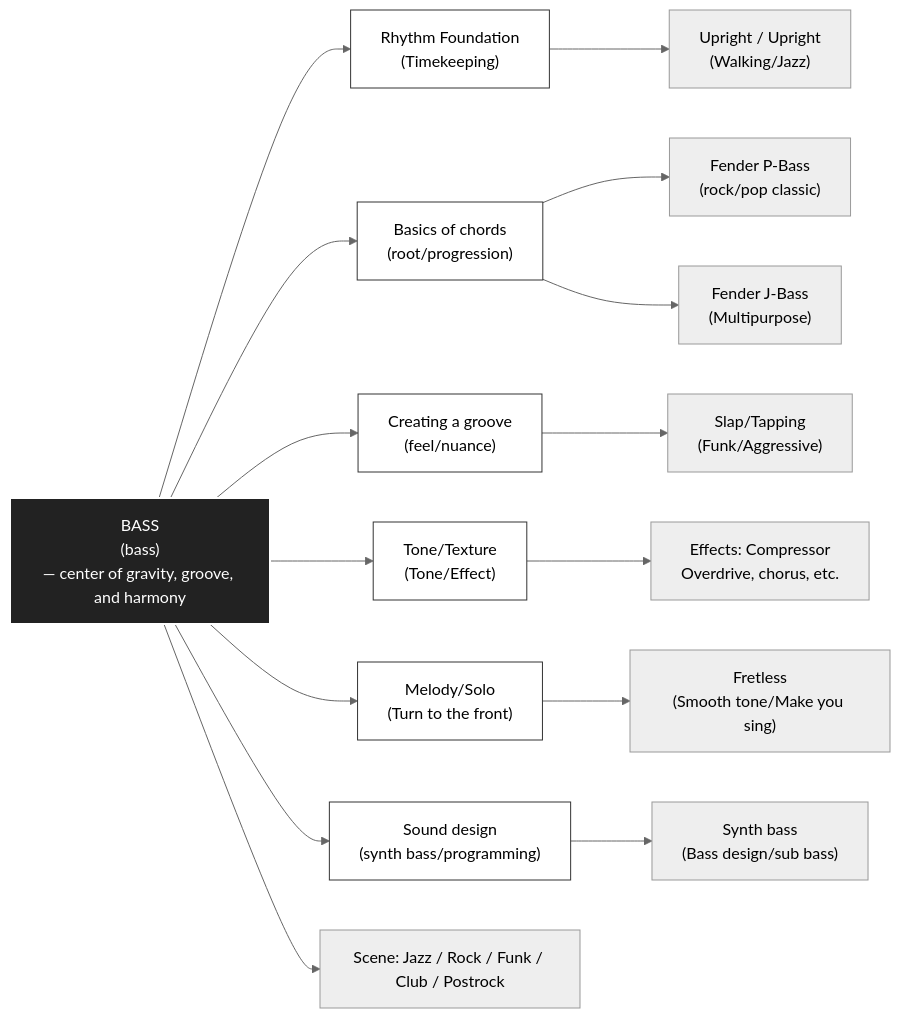
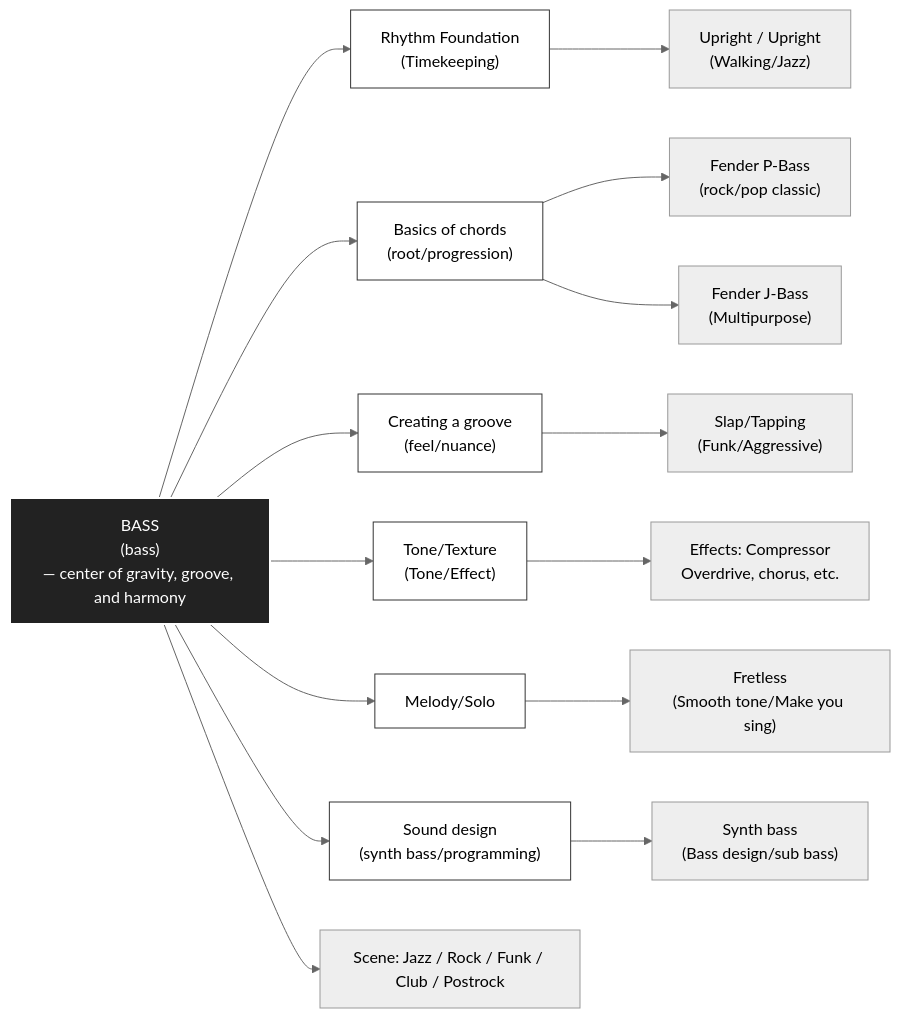
One commit to monumental-movement/monumental-movement.github.io changed the second of 2 diagrams in en/_posts/2025-10-18-column-bassists.md. Above: the diagram before and after it, drawn with Mermaid (neutral theme). The commit also changed other lines of this file and 1719 other files, not shown here.

```diff
--- a/en/_posts/2025-10-18-column-bassists.md
+++ b/en/_posts/2025-10-18-column-bassists.md
@@ -252,52 +255,58 @@
 <div class="mermaid">
 
 flowchart LR
 %% Center: Bass
 Bass["BASS\n(bass)\n— center of gravity, groove, and harmony"]
 
+
 %%Primary roles
 Rhythm["Rhythm Foundation\n(Timekeeping)"]
 Harmony["Basics of chords\n(root/progression)"]
 Groove["Creating a groove\n(feel/nuance)"]
 Texture["Tone/Texture\n(Tone/Effect)"]
-Lead["Melody/Solo\n(Turn to the front)"]
+Lead["Melody/Solo"]
 Design["Sound design\n(synth bass/programming)"]
+
 
 %% Techniques / Instruments
 Upright["Upright / Upright\n(Walking/Jazz)"]
 P_Bass["Fender P-Bass\n(rock/pop classic)"]
 J_Bass["Fender J-Bass\n(Multipurpose) "]
 Fretless["Fretless\n(Smooth tone/Make you sing) "]
 Synth["Synth bass\n(Bass design/sub bass) "]
 Slap["Slap/Tapping\n(Funk/Aggressive) "]
 Effects["Effects: Compressor\nOverdrive, chorus, etc."]
 
+
 %% Connections
 Bass --> Rhythm
 Bass --> Harmony
 Bass --> Groove
 Bass --> Texture
 Bass --> Lead
 Bass --> Design
+
 
 Groove --> Slap
 Texture --> Effects
 Design --> Synth
 Rhythm --> Upright
 Harmony --> P_Bass
 Harmony --> J_Bass
 Lead --> Fretless
 
+
 %%Context labels
 Scene1["Scene: Jazz / Rock / Funk / Club / Postrock"]
 Bass --> Scene1
+
 
 style Bass fill:#222,stroke:#fff,color:#fff,stroke-width:2px
 style Rhythm fill:#fff,stroke:#333
 style Harmony fill:#fff,stroke:#333
 style Groove fill:#fff,stroke:#333
 style Texture fill:#fff,stroke:#333
 style Lead fill:#fff,stroke:#333
 style Design fill:#fff,stroke:#333
 
 </div>
```
